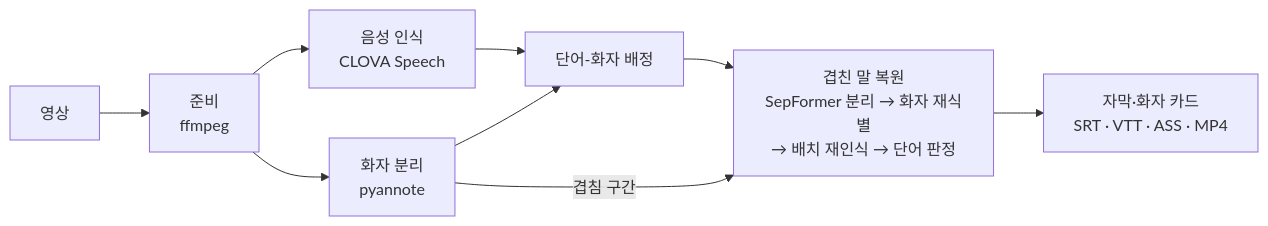
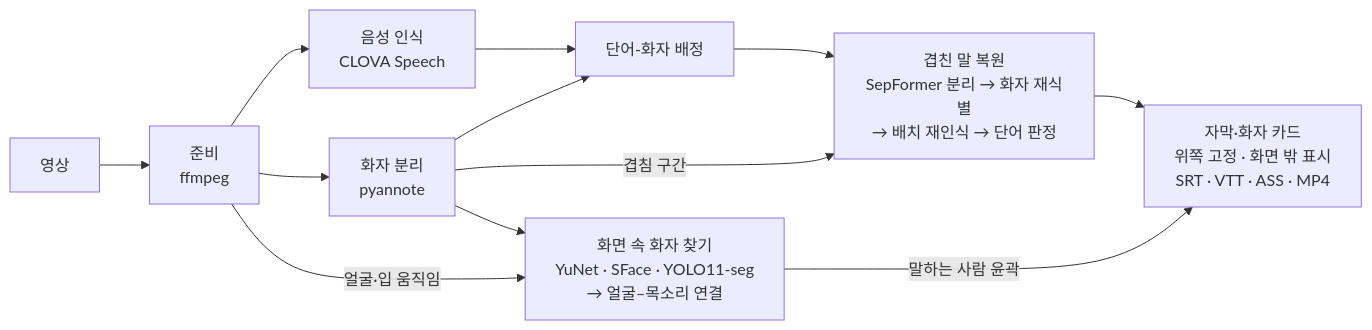
The diagram in README.md (voxprism/voxprism), drawn with Mermaid before and after one commit. The commit also changed other lines of this file and 31 other files, not shown here.

````diff
--- a/README.md
+++ b/README.md
@@ -53,11 +57,14 @@
 ```mermaid
 flowchart LR
     V[영상] --> P[준비<br/>ffmpeg]
     P --> A[음성 인식<br/>CLOVA Speech]
     P --> D[화자 분리<br/>pyannote]
     A --> W[단어-화자 배정]
     D --> W
     D -->|겹침 구간| O[겹친 말 복원<br/>SepFormer 분리 → 화자 재식별<br/>→ 배치 재인식 → 단어 판정]
     W --> O
-    O --> C[자막·화자 카드<br/>SRT · VTT · ASS · MP4]
+    P -->|얼굴·입 움직임| F[화면 속 화자 찾기<br/>YuNet · SFace · YOLO11-seg<br/>→ 얼굴–목소리 연결]
+    D --> F
+    O --> C[자막·화자 카드<br/>위쪽 고정 · 화면 밖 표시<br/>SRT · VTT · ASS · MP4]
+    F -->|말하는 사람 윤곽| C
 ```
````
